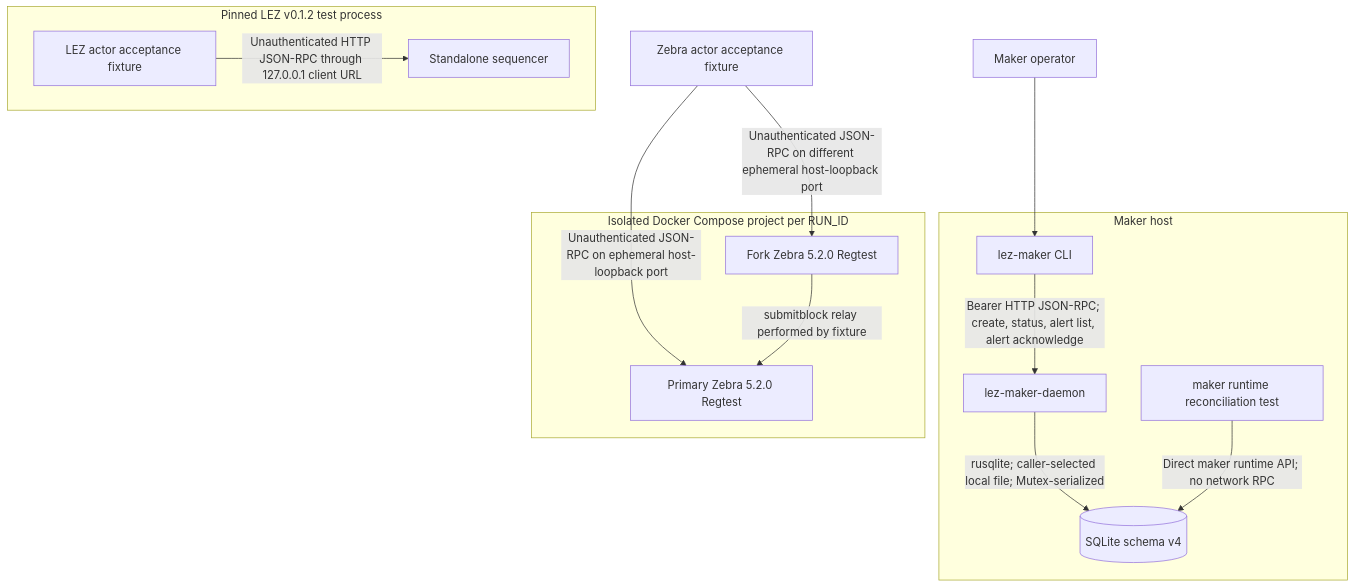
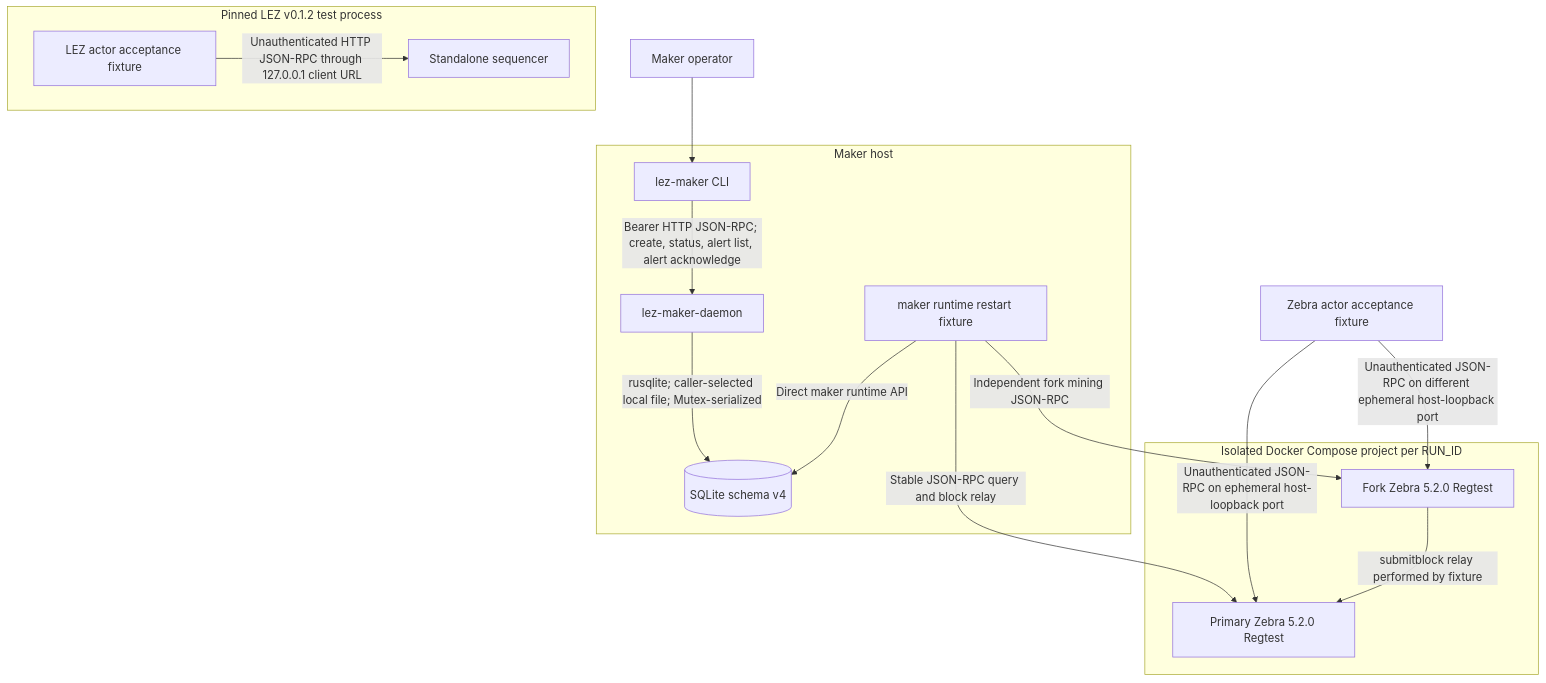
Before and after one commit to gateway-fm/lez-atomic-swaps: the first of 3 diagrams in docs/architecture/deployment-components-and-rpcs.md, drawn with Mermaid. The commit also changed other lines of this file and 12 other files, not shown here.

Commit message:
test: prove Zebra restart reconciliation

````diff
--- a/docs/architecture/deployment-components-and-rpcs.md
+++ b/docs/architecture/deployment-components-and-rpcs.md
@@ -13,32 +13,34 @@
 ```mermaid
 flowchart TB
     Operator["Maker operator"]
 
     subgraph MakerHost["Maker host"]
         CLI["lez-maker CLI"]
         Daemon["lez-maker-daemon"]
         Store[("SQLite schema v4")]
-        RuntimeTest["maker runtime reconciliation test"]
+        RuntimeTest["maker runtime restart fixture"]
     end
 
     subgraph ZebraProject["Isolated Docker Compose project per RUN_ID"]
         ZebraPrimary["Primary Zebra 5.2.0 Regtest"]
         ZebraFork["Fork Zebra 5.2.0 Regtest"]
     end
 
     ZebraTest["Zebra actor acceptance fixture"]
 
     subgraph LezProcess["Pinned LEZ v0.1.2 test process"]
         LezTest["LEZ actor acceptance fixture"]
         LezNode["Standalone sequencer"]
     end
 
     Operator --> CLI
     CLI -->|"Bearer HTTP JSON-RPC; create, status, alert list, alert acknowledge"| Daemon
     Daemon -->|"rusqlite; caller-selected local file; Mutex-serialized"| Store
-    RuntimeTest -->|"Direct maker runtime API; no network RPC"| Store
+    RuntimeTest -->|"Direct maker runtime API"| Store
+    RuntimeTest -->|"Stable JSON-RPC query and block relay"| ZebraPrimary
+    RuntimeTest -->|"Independent fork mining JSON-RPC"| ZebraFork
     ZebraTest -->|"Unauthenticated JSON-RPC on ephemeral host-loopback port"| ZebraPrimary
     ZebraTest -->|"Unauthenticated JSON-RPC on different ephemeral host-loopback port"| ZebraFork
     ZebraFork -->|"submitblock relay performed by fixture"| ZebraPrimary
     LezTest -->|"Unauthenticated HTTP JSON-RPC through 127.0.0.1 client URL"| LezNode
 ```
````
